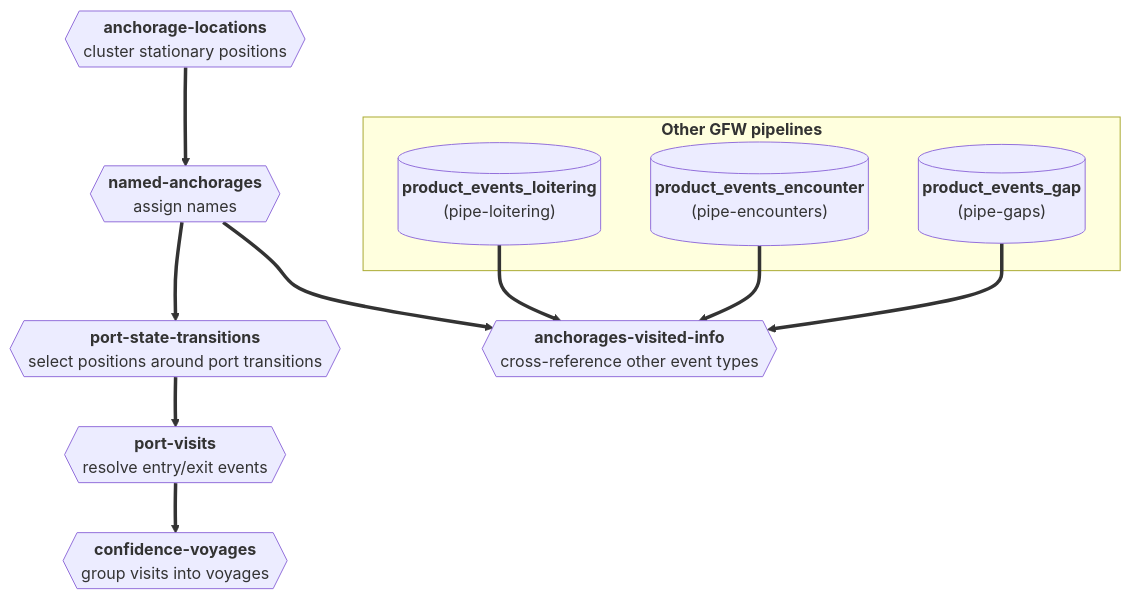
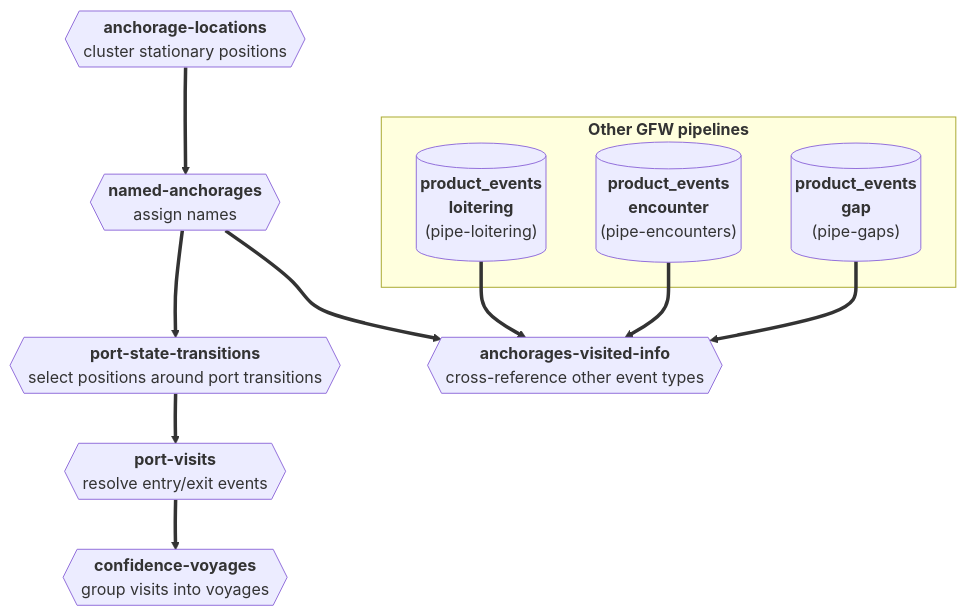
Before and after one commit to GlobalFishingWatch/anchorages_pipeline: the diagram in README.md, drawn with Mermaid.

Commit message:
Improve mermaid diagram

````diff
--- a/README.md
+++ b/README.md
@@ -80,29 +80,29 @@
 ```mermaid
 ---
 config:
   look: classic
   layout: dagre
   flowchart:
     wrappingWidth: 400
     padding: 8
 ---
 flowchart TD
     AP{{"<b>anchorage-locations</b><br/>cluster stationary positions"}}
     NA{{"<b>named-anchorages</b><br/>assign names"}}
     TM{{"<b>port-state-transitions</b><br/>select positions around port transitions"}}
     PV{{"<b>port-visits</b><br/>resolve entry/exit events"}}
     CV{{"<b>confidence-voyages</b><br/>group visits into voyages"}}
     AVI{{"<b>anchorages-visited-info</b><br/>cross-reference other event types"}}
 
     subgraph OTHER["<b>Other GFW pipelines</b>"]
-        LOI[("<b>product_events_loitering</b><br/>(pipe-loitering)")]
-        ENC[("<b>product_events_encounter</b><br/>(pipe-encounters)")]
-        GAP[("<b>product_events_gap</b><br/>(pipe-gaps)")]
+        LOI[("<b>product_events</b><br/><b>loitering</b><br/>(pipe-loitering)")]
+        ENC[("<b>product_events</b><br/><b>encounter</b><br/>(pipe-encounters)")]
+        GAP[("<b>product_events</b><br/><b>gap</b><br/>(pipe-gaps)")]
     end
 
     AP ==> NA ==> TM ==> PV ==> CV
     NA ==> AVI
     LOI ==> AVI
     ENC ==> AVI
     GAP ==> AVI
 ```
````
